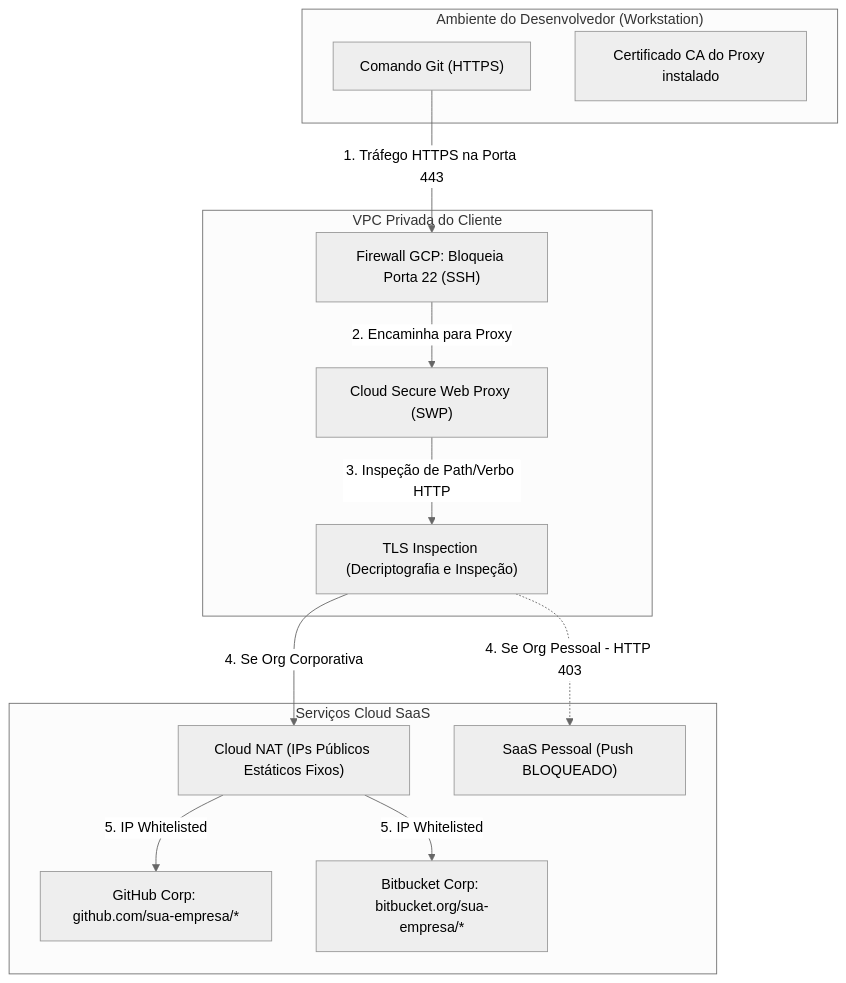
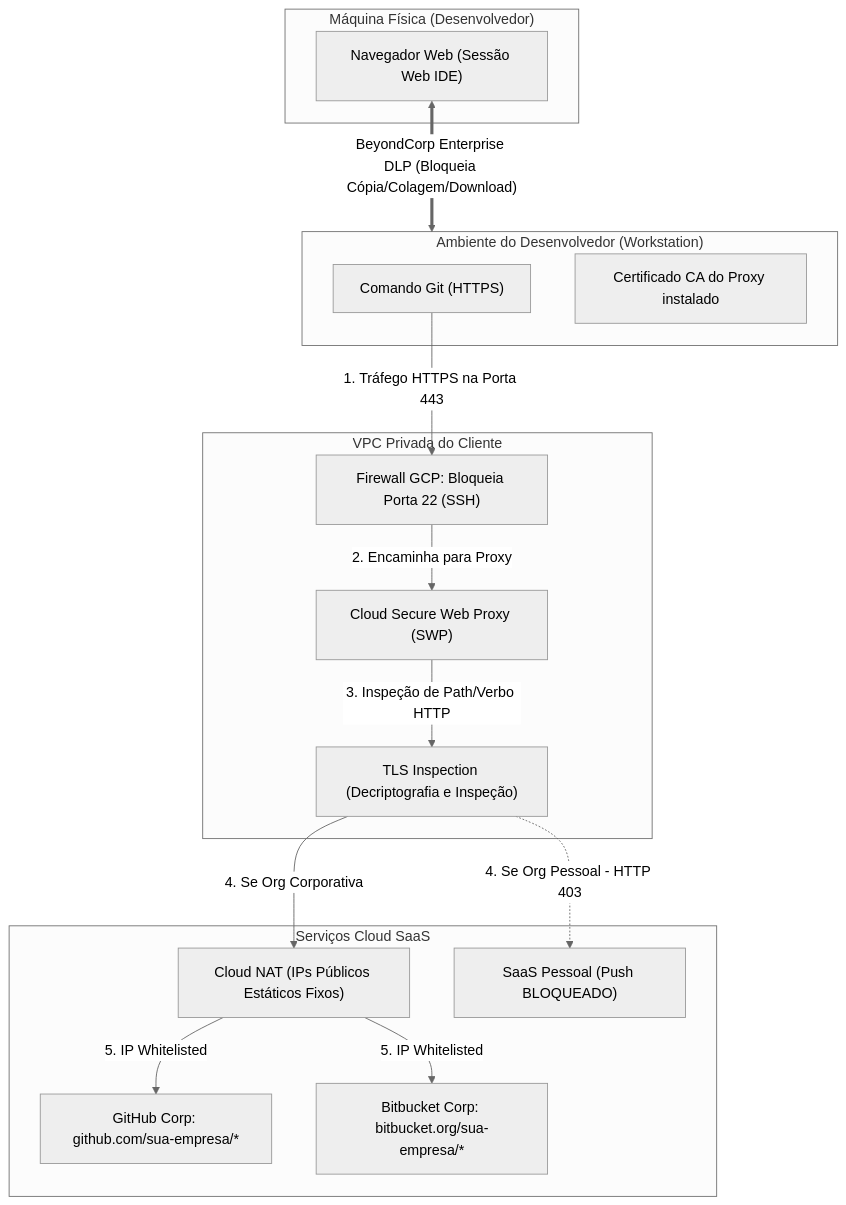
Before and after one commit to sahvieirag/cloud-workstations-custom: the diagram in docs/security_networking_best_practices.md, drawn with Mermaid (neutral theme). The commit also changed other lines of this file and 9 other files, not shown here.

````diff
--- a/docs/security_networking_best_practices.md
+++ b/docs/security_networking_best_practices.md
@@ -11,28 +11,36 @@
 ```mermaid
 graph TD
+    subgraph Dispositivo_Fisico ["Máquina Física (Desenvolvedor)"]
+        UserBrowser["Navegador Web (Sessão Web IDE)"]
+    end
+
     subgraph Container_Workstation ["Ambiente do Desenvolvedor (Workstation)"]
         Git["Comando Git (HTTPS)"]
         CA["Certificado CA do Proxy instalado"]
     end
 
     subgraph VPC_GCP ["VPC Privada do Cliente"]
         FW["Firewall GCP: Bloqueia Porta 22 (SSH)"]
         SWP["Cloud Secure Web Proxy (SWP)"]
         TLS["TLS Inspection (Decriptografia e Inspeção)"]
     end
 
     subgraph Internet_SaaS ["Serviços Cloud SaaS"]
         NAT["Cloud NAT (IPs Públicos Estáticos Fixos)"]
         GitHubCorp["GitHub Corp: github.com/sua-empresa/*"]
         BitbucketCorp["Bitbucket Corp: bitbucket.org/sua-empresa/*"]
         PersonalSaaS["SaaS Pessoal (Push BLOQUEADO)"]
     end
 
+    %% DLP BeyondCorp
+    UserBrowser <== "BeyondCorp Enterprise DLP (Bloqueia Cópia/Colagem/Download)" ==> Container_Workstation
+
+    %% Fluxo Git
     Git -->|1. Tráfego HTTPS na Porta 443| FW
     FW -->|2. Encaminha para Proxy| SWP
     SWP -->|3. Inspeção de Path/Verbo HTTP| TLS
     TLS -->|4. Se Org Corporativa| NAT
     TLS -.->|4. Se Org Pessoal - HTTP 403| PersonalSaaS
     NAT -->|5. IP Whitelisted| GitHubCorp
     NAT -->|5. IP Whitelisted| BitbucketCorp
 ```
````
